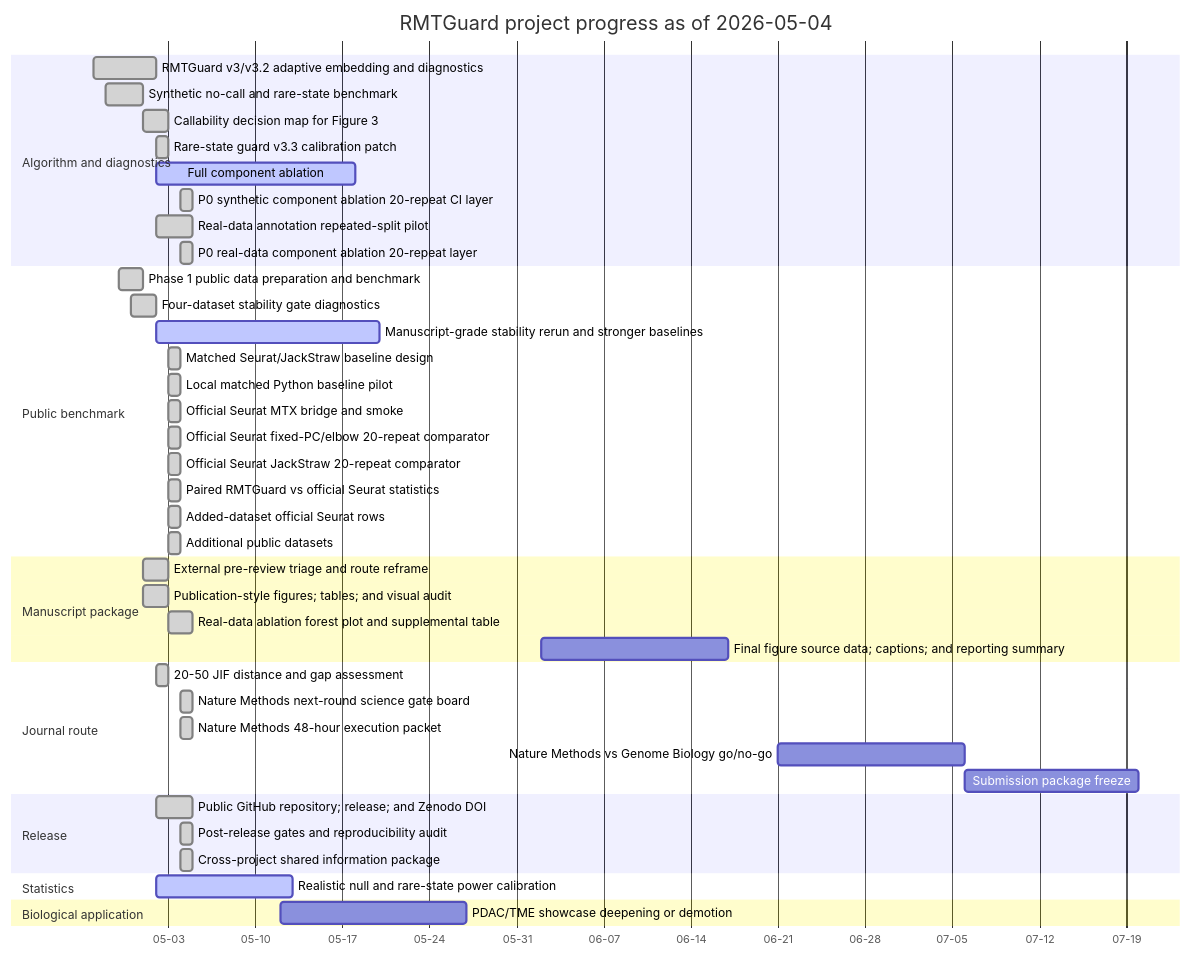
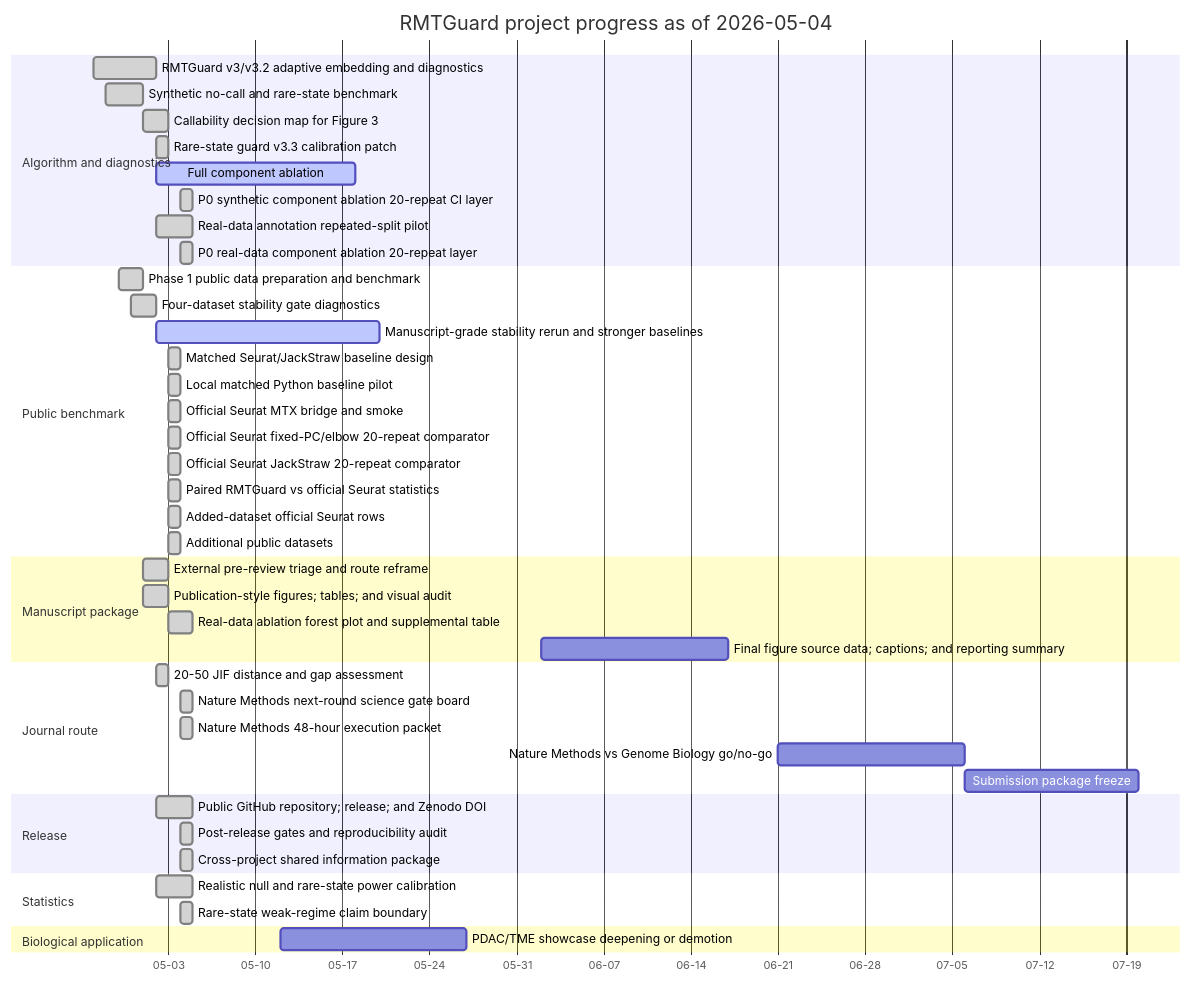
The diagram in results/project_management/rmtguard_project_gantt.md (healthgreat/rmtguard), drawn with Mermaid before and after one commit. The commit also changed other lines of this file and 31 other files, not shown here.

Commit message:
Complete 50-repeat calibration gate

````diff
--- a/results/project_management/rmtguard_project_gantt.md
+++ b/results/project_management/rmtguard_project_gantt.md
@@ -13,46 +13,47 @@
 ```mermaid
 gantt
     title RMTGuard project progress as of 2026-05-04
     dateFormat  YYYY-MM-DD
     axisFormat  %m-%d
     section Algorithm and diagnostics
     RMTGuard v3/v3.2 adaptive embedding and diagnostics :done, T01, 2026-04-27, 5d
     Synthetic no-call and rare-state benchmark :done, T02, 2026-04-28, 3d
     Callability decision map for Figure 3 :done, T03, 2026-05-01, 2d
     Rare-state guard v3.3 calibration patch :done, T04, 2026-05-02, 1d
-    Full component ablation :active, T15, 2026-05-02, 16d
-    P0 synthetic component ablation 20-repeat CI layer :done, T16, 2026-05-04, 1d
-    Real-data annotation repeated-split pilot :done, T17, 2026-05-02, 3d
-    P0 real-data component ablation 20-repeat layer :done, T18, 2026-05-04, 1d
+    Full component ablation :active, T16, 2026-05-02, 16d
+    P0 synthetic component ablation 20-repeat CI layer :done, T17, 2026-05-04, 1d
+    Real-data annotation repeated-split pilot :done, T18, 2026-05-02, 3d
+    P0 real-data component ablation 20-repeat layer :done, T19, 2026-05-04, 1d
     section Public benchmark
     Phase 1 public data preparation and benchmark :done, T05, 2026-04-29, 2d
     Four-dataset stability gate diagnostics :done, T06, 2026-04-30, 2d
-    Manuscript-grade stability rerun and stronger baselines :active, T14, 2026-05-02, 18d
-    Matched Seurat/JackStraw baseline design :done, T20, 2026-05-03, 1d
-    Local matched Python baseline pilot :done, T21, 2026-05-03, 1d
-    Official Seurat MTX bridge and smoke :done, T22, 2026-05-03, 1d
-    Official Seurat fixed-PC/elbow 20-repeat comparator :done, T23, 2026-05-03, 1d
-    Official Seurat JackStraw 20-repeat comparator :done, T24, 2026-05-03, 1d
-    Paired RMTGuard vs official Seurat statistics :done, T25, 2026-05-03, 1d
-    Added-dataset official Seurat rows :done, T26, 2026-05-03, 1d
-    Additional public datasets :done, T28, 2026-05-03, 1d
+    Manuscript-grade stability rerun and stronger baselines :active, T15, 2026-05-02, 18d
+    Matched Seurat/JackStraw baseline design :done, T21, 2026-05-03, 1d
+    Local matched Python baseline pilot :done, T22, 2026-05-03, 1d
+    Official Seurat MTX bridge and smoke :done, T23, 2026-05-03, 1d
+    Official Seurat fixed-PC/elbow 20-repeat comparator :done, T24, 2026-05-03, 1d
+    Official Seurat JackStraw 20-repeat comparator :done, T25, 2026-05-03, 1d
+    Paired RMTGuard vs official Seurat statistics :done, T26, 2026-05-03, 1d
+    Added-dataset official Seurat rows :done, T27, 2026-05-03, 1d
+    Additional public datasets :done, T29, 2026-05-03, 1d
     section Manuscript package
     External pre-review triage and route reframe :done, T07, 2026-05-01, 2d
     Publication-style figures; tables; and visual audit :done, T08, 2026-05-01, 2d
-    Real-data ablation forest plot and supplemental table :done, T19, 2026-05-03, 2d
-    Final figure source data; captions; and reporting summary :T29, 2026-06-02, 15d
+    Real-data ablation forest plot and supplemental table :done, T20, 2026-05-03, 2d
+    Final figure source data; captions; and reporting summary :T30, 2026-06-02, 15d
     section Journal route
     20-50 JIF distance and gap assessment :done, T09, 2026-05-02, 1d
     Nature Methods next-round science gate board :done, T10, 2026-05-04, 1d
     Nature Methods 48-hour execution packet :done, T11, 2026-05-04, 1d
-    Nature Methods vs Genome Biology go/no-go :T32, 2026-06-21, 15d
-    Submission package freeze :T33, 2026-07-06, 14d
+    Nature Methods vs Genome Biology go/no-go :T33, 2026-06-21, 15d
+    Submission package freeze :T34, 2026-07-06, 14d
     section Release
     Public GitHub repository; release; and Zenodo DOI :done, T12, 2026-05-02, 3d
-    Post-release gates and reproducibility audit :done, T30, 2026-05-04, 1d
-    Cross-project shared information package :done, T31, 2026-05-04, 1d
+    Post-release gates and reproducibility audit :done, T31, 2026-05-04, 1d
+    Cross-project shared information package :done, T32, 2026-05-04, 1d
     section Statistics
-    Realistic null and rare-state power calibration :active, T13, 2026-05-02, 11d
+    Realistic null and rare-state power calibration :done, T13, 2026-05-02, 3d
+    Rare-state weak-regime claim boundary :done, T14, 2026-05-04, 1d
     section Biological application
-    PDAC/TME showcase deepening or demotion :T27, 2026-05-12, 15d
+    PDAC/TME showcase deepening or demotion :T28, 2026-05-12, 15d
 ```
````
